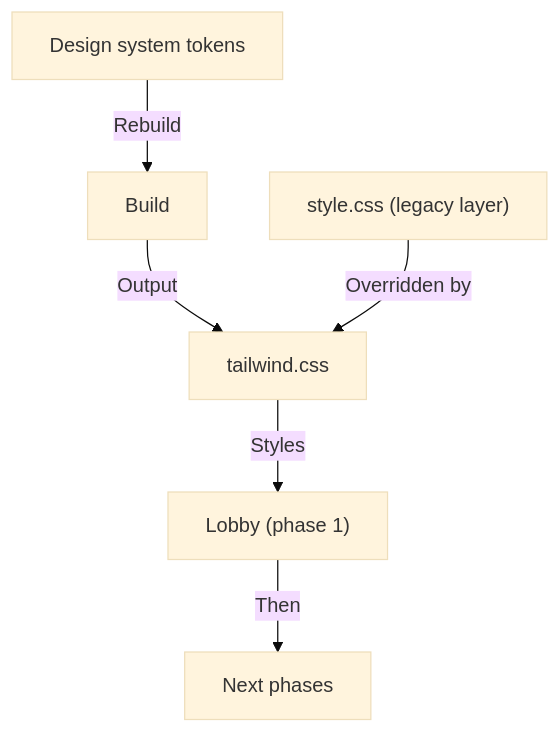
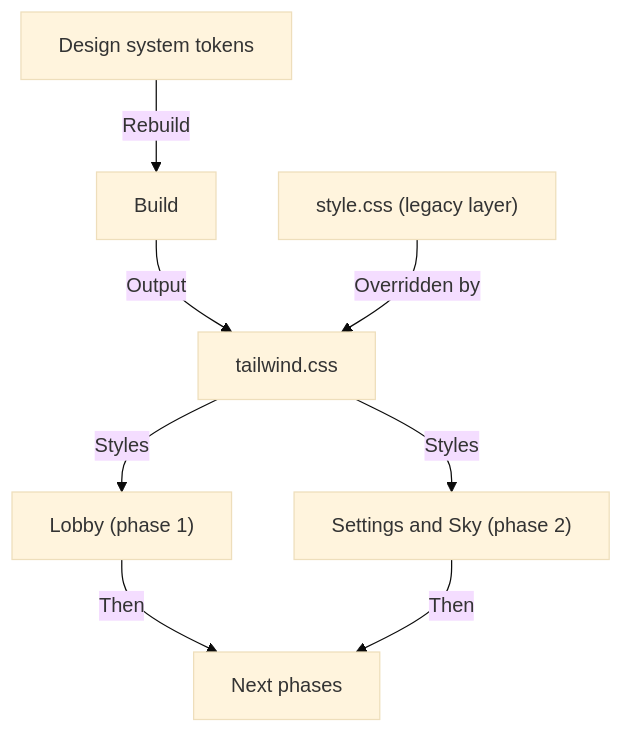
Diagram 51 of 55 in docs/app-map/FLOW-REFERENCE.md (missionode/lite), drawn with Mermaid (base theme) before and after one commit. The commit also changed other lines of this file and 21 other files, not shown here.

First line of the commit message:
feat(css): Tailwind phase 2 - Settings and Sky on the design system

````diff
--- a/docs/app-map/FLOW-REFERENCE.md
+++ b/docs/app-map/FLOW-REFERENCE.md
@@ -2359,14 +2359,17 @@
 ```mermaid
 flowchart TD
   tokens["Design system tokens"]
   build["Build"]
   legacy["style.css (legacy layer)"]
   tw["tailwind.css"]
   lobby["Lobby (phase 1)"]
+  settings["Settings and Sky (phase 2)"]
   next["Next phases"]
   tokens -->|"Rebuild"| build
   build -->|"Output"| tw
   legacy -->|"Overridden by"| tw
   tw -->|"Styles"| lobby
+  tw -->|"Styles"| settings
   lobby -->|"Then"| next
+  settings -->|"Then"| next
 ```
````
